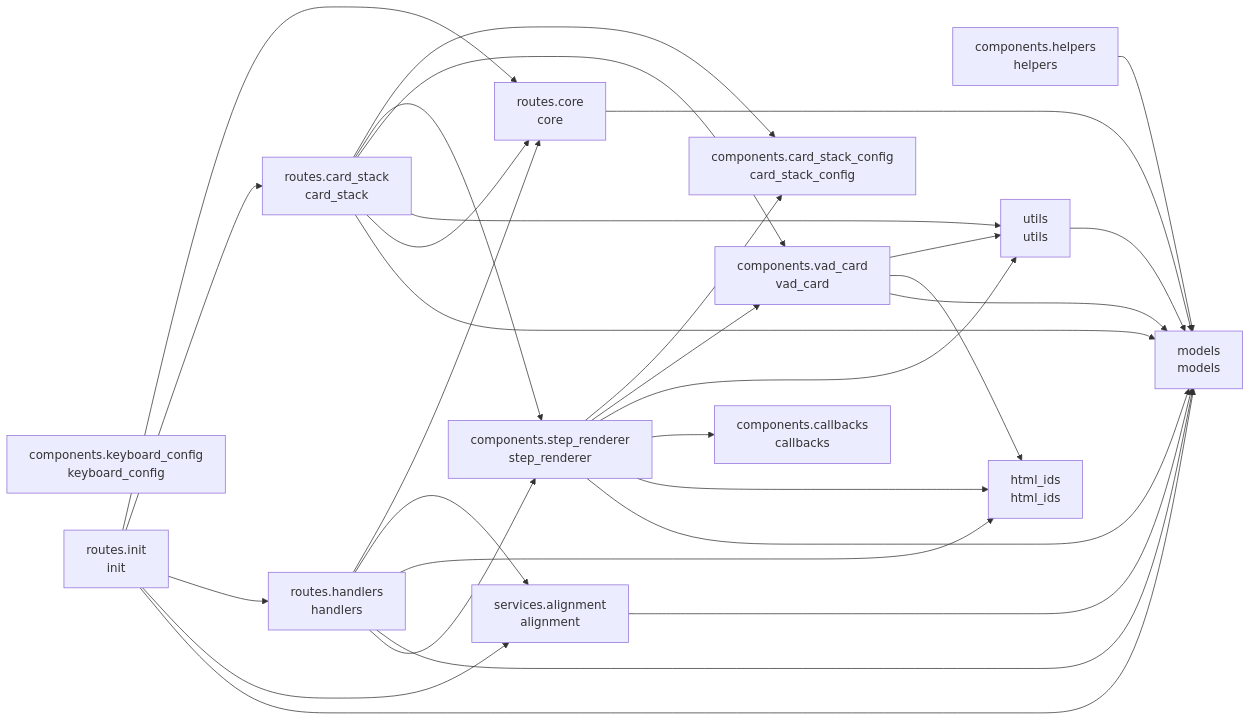
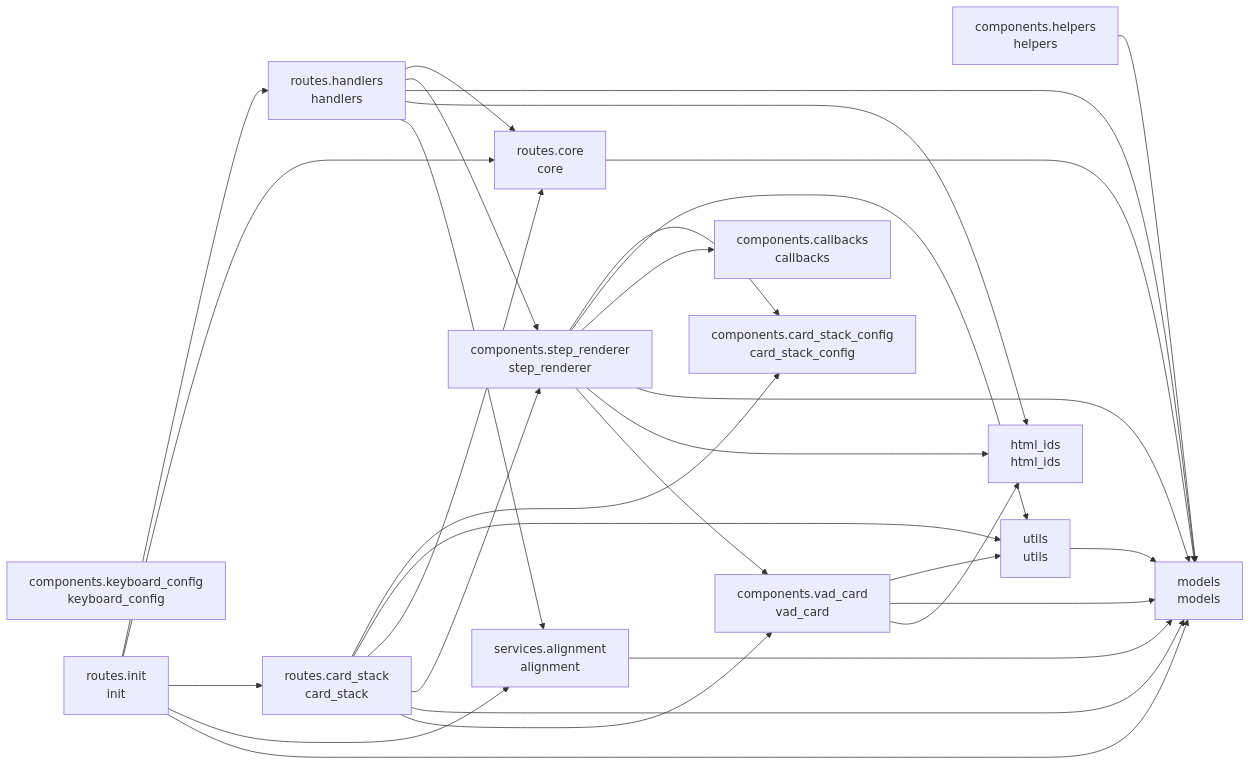
One commit to cj-mills/cjm-transcript-vad-align changed the diagram in README.md. Above: the diagram before and after it, drawn with Mermaid. The commit also changed other lines of this file and 6 other files, not shown here.

````diff
--- a/README.md
+++ b/README.md
@@ -37,47 +37,47 @@
 ``` mermaid
 graph LR
     components_callbacks[components.callbacks<br/>callbacks]
     components_card_stack_config[components.card_stack_config<br/>card_stack_config]
     components_helpers[components.helpers<br/>helpers]
     components_keyboard_config[components.keyboard_config<br/>keyboard_config]
     components_step_renderer[components.step_renderer<br/>step_renderer]
     components_vad_card[components.vad_card<br/>vad_card]
     html_ids[html_ids<br/>html_ids]
     models[models<br/>models]
     routes_card_stack[routes.card_stack<br/>card_stack]
     routes_core[routes.core<br/>core]
     routes_handlers[routes.handlers<br/>handlers]
     routes_init[routes.init<br/>init]
     services_alignment[services.alignment<br/>alignment]
     utils[utils<br/>utils]
 
     components_helpers --> models
     components_step_renderer --> components_card_stack_config
-    components_step_renderer --> components_vad_card
     components_step_renderer --> utils
     components_step_renderer --> components_callbacks
+    components_step_renderer --> models
     components_step_renderer --> html_ids
-    components_step_renderer --> models
+    components_step_renderer --> components_vad_card
     components_vad_card --> utils
+    components_vad_card --> models
     components_vad_card --> html_ids
-    components_vad_card --> models
     routes_card_stack --> components_card_stack_config
-    routes_card_stack --> components_step_renderer
-    routes_card_stack --> components_vad_card
     routes_card_stack --> utils
     routes_card_stack --> routes_core
+    routes_card_stack --> components_step_renderer
     routes_card_stack --> models
+    routes_card_stack --> components_vad_card
     routes_core --> models
     routes_handlers --> routes_core
+    routes_handlers --> components_step_renderer
+    routes_handlers --> models
+    routes_handlers --> html_ids
     routes_handlers --> services_alignment
-    routes_handlers --> html_ids
-    routes_handlers --> models
-    routes_handlers --> components_step_renderer
+    routes_init --> routes_handlers
     routes_init --> routes_core
     routes_init --> routes_card_stack
-    routes_init --> routes_handlers
     routes_init --> services_alignment
     routes_init --> models
     services_alignment --> models
     utils --> models
 ```
````
